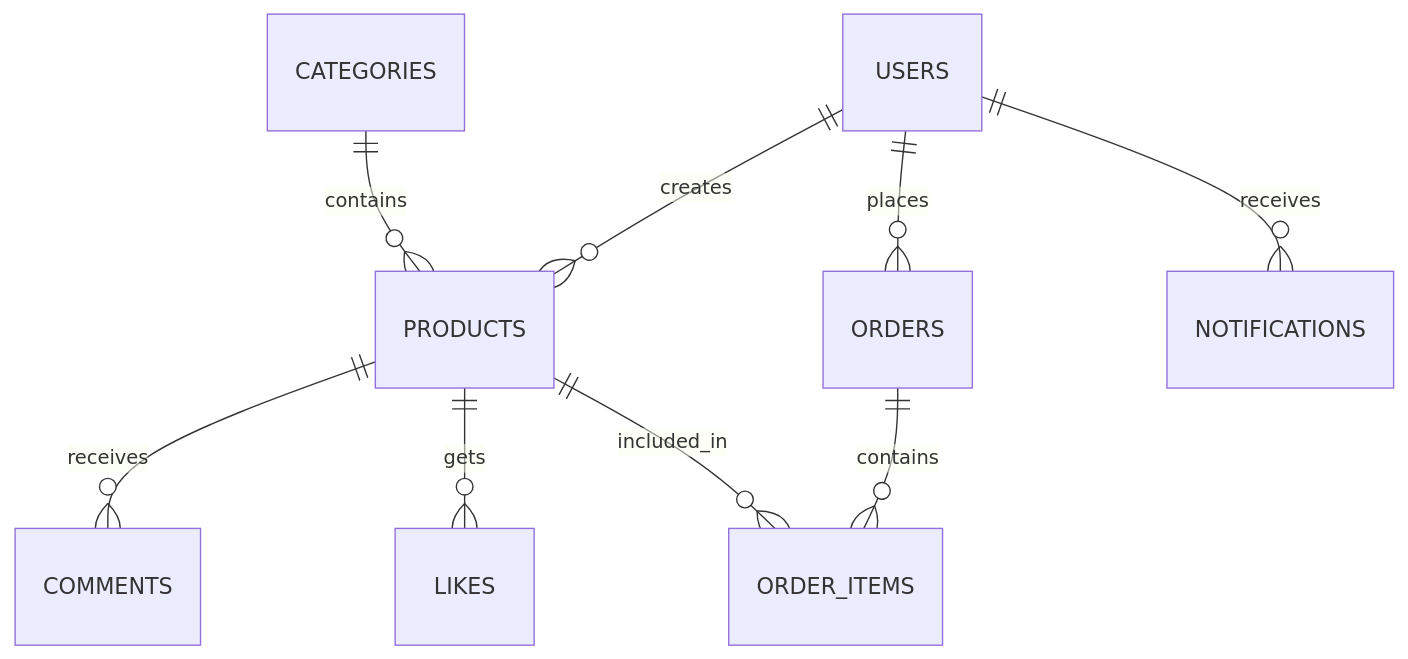
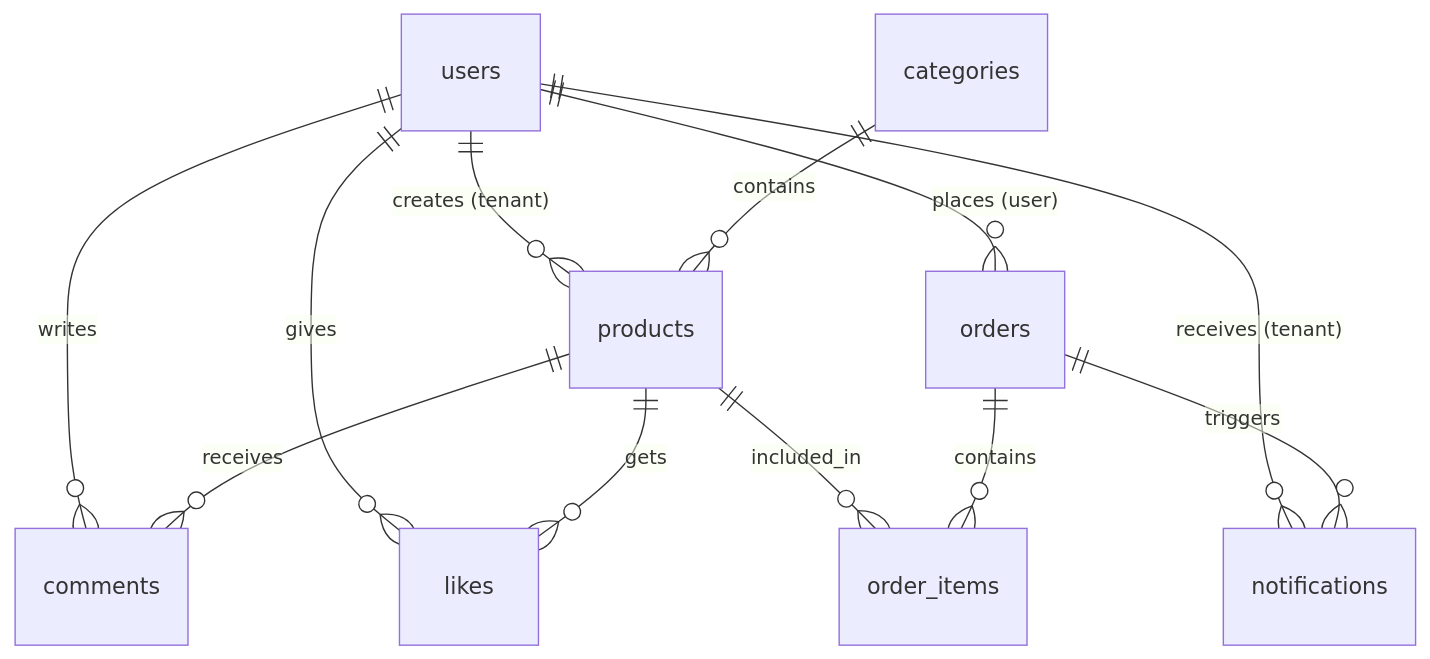
One commit to brlyn000/Ecommerce changed the diagram in README.md. Above: the diagram before and after it, drawn with Mermaid. The commit also changed other lines of this file, not shown here.

````diff
--- a/README.md
+++ b/README.md
@@ -230,11 +170,14 @@
 ```mermaid
 erDiagram
-    USERS ||--o{ PRODUCTS : creates
-    USERS ||--o{ ORDERS : places
-    PRODUCTS ||--o{ COMMENTS : receives
-    PRODUCTS ||--o{ LIKES : gets
-    CATEGORIES ||--o{ PRODUCTS : contains
-    ORDERS ||--o{ ORDER_ITEMS : contains
-    PRODUCTS ||--o{ ORDER_ITEMS : included_in
-    USERS ||--o{ NOTIFICATIONS : receives
+    users ||--o{ products : "creates (tenant)"
+    users ||--o{ orders : "places (user)"
+    users ||--o{ likes : "gives"
+    users ||--o{ comments : "writes"
+    users ||--o{ notifications : "receives (tenant)"
+    categories ||--o{ products : "contains"
+    products ||--o{ comments : "receives"
+    products ||--o{ likes : "gets"
+    products ||--o{ order_items : "included_in"
+    orders ||--o{ order_items : "contains"
+    orders ||--o{ notifications : "triggers"
 ```
````
